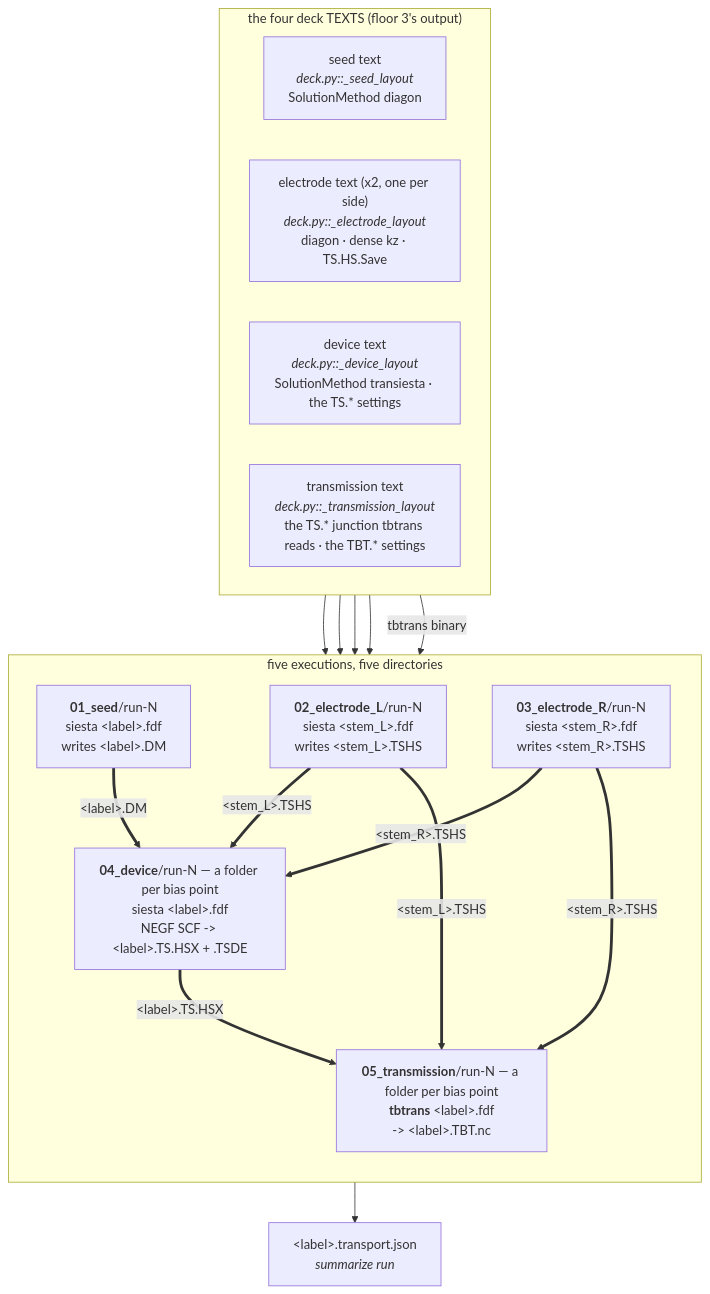
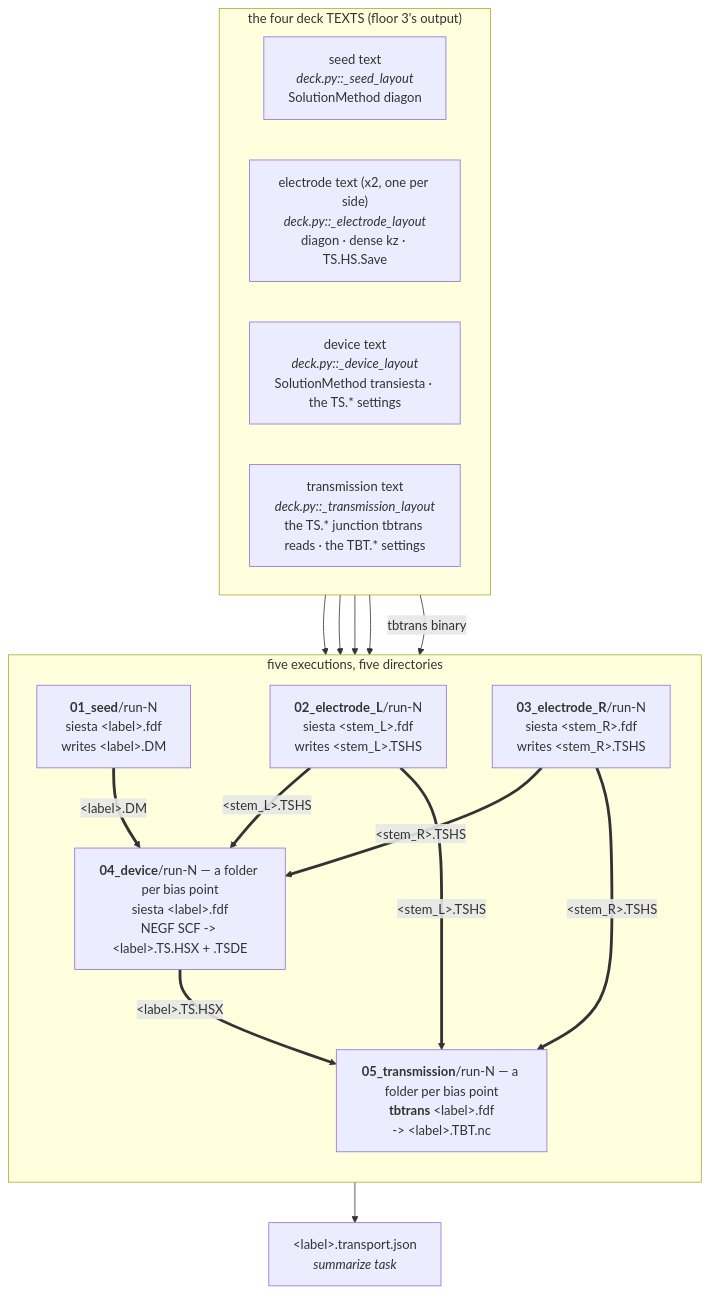
Diagram 12 of 13 in docs/engines/transport.md (Qing-LAB/molbuilder), drawn with Mermaid before and after one commit. The commit also changed other lines of this file and 30 other files, not shown here.

````diff
--- a/docs/engines/transport.md
+++ b/docs/engines/transport.md
@@ -3265,33 +3279,33 @@
 ```mermaid
 flowchart TB
     subgraph TXT["the four deck TEXTS (floor 3's output)"]
       direction LR
       T1["seed text<br/><i>deck.py::_seed_layout</i><br/>SolutionMethod diagon"]
       T2["electrode text (x2, one per side)<br/><i>deck.py::_electrode_layout</i><br/>diagon · dense kz · TS.HS.Save"]
       T3["device text<br/><i>deck.py::_device_layout</i><br/>SolutionMethod transiesta · the TS.* settings"]
       T4["transmission text<br/><i>deck.py::_transmission_layout</i><br/>the TS.* junction tbtrans reads · the TBT.* settings"]
     end
 
     T1 --> S1
     T2 --> S2
     T2 --> S3
     T3 --> S4
     T4 -->|"tbtrans binary"| S5
 
     subgraph RUN["five executions, five directories"]
       direction TB
       S1["<b>01_seed</b>/run-N<br/>siesta &lt;label&gt;.fdf<br/>writes &lt;label&gt;.DM"]
       S2["<b>02_electrode_L</b>/run-N<br/>siesta &lt;stem_L&gt;.fdf<br/>writes &lt;stem_L&gt;.TSHS"]
       S3["<b>03_electrode_R</b>/run-N<br/>siesta &lt;stem_R&gt;.fdf<br/>writes &lt;stem_R&gt;.TSHS"]
       S4["<b>04_device</b>/run-N — a folder per bias point<br/>siesta &lt;label&gt;.fdf<br/>NEGF SCF -> &lt;label&gt;.TS.HSX + .TSDE"]
       S5["<b>05_transmission</b>/run-N — a folder per bias point<br/><b>tbtrans</b> &lt;label&gt;.fdf<br/>-> &lt;label&gt;.TBT.nc"]
     end
 
     S1 ==>|"&lt;label&gt;.DM"| S4
     S2 ==>|"&lt;stem_L&gt;.TSHS"| S4
     S3 ==>|"&lt;stem_R&gt;.TSHS"| S4
     S2 ==>|"&lt;stem_L&gt;.TSHS"| S5
     S3 ==>|"&lt;stem_R&gt;.TSHS"| S5
     S4 ==>|"&lt;label&gt;.TS.HSX"| S5
-    S5 --> REC["&lt;label&gt;.transport.json<br/><i>summarize run</i>"]
+    S5 --> REC["&lt;label&gt;.transport.json<br/><i>summarize task</i>"]
 ```
````
